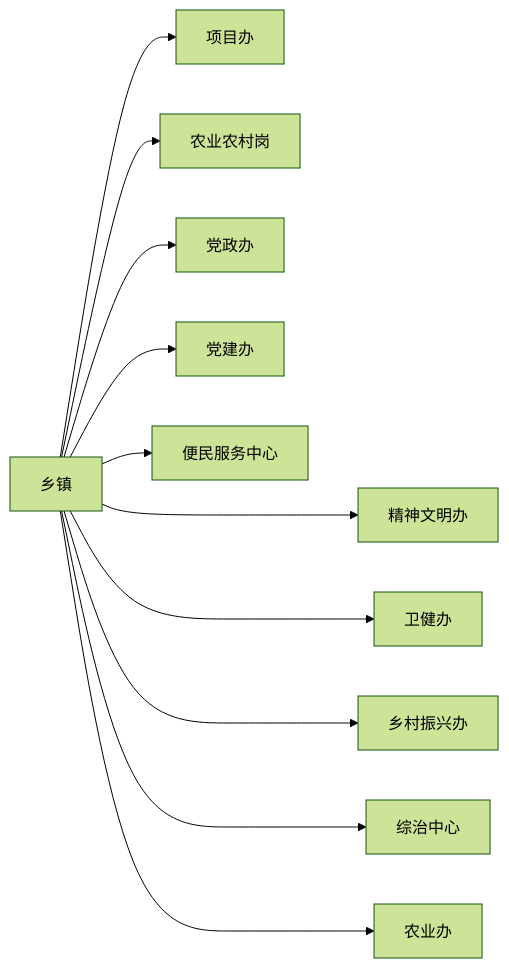
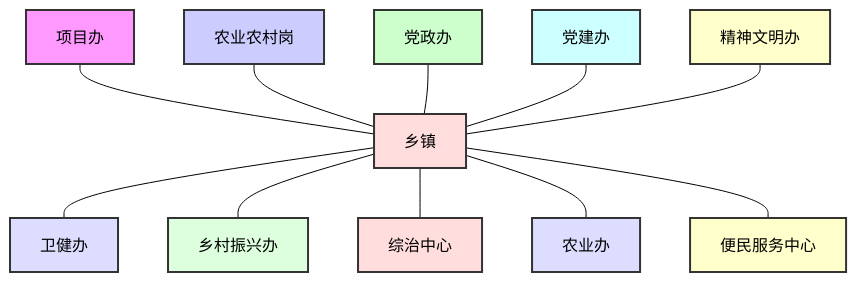
Before and after one commit to GovernmentWorkers/-: the first of 2 diagrams in problem/README.md, drawn with Mermaid (forest theme).

````diff
--- a/problem/README.md
+++ b/problem/README.md
@@ -3,16 +3,40 @@
 ```mermaid
-graph LR
+graph TB
 
-D[乡镇]
-D[乡镇]-->D1[项目办]	
-D[乡镇]-->D2[农业农村岗]
-D[乡镇]-->D3[党政办]
-D[乡镇]-->D4[党建办]
-D[乡镇]--->D5[精神文明办]
-D[乡镇]--->D6[卫健办]
-D[乡镇]--->D7[乡村振兴办]
-D[乡镇]--->D8[综治中心]
-D[乡镇]--->D9[农业办]
-D[乡镇]-->D10[便民服务中心]
-click D href "./xiangzhen/" _blank
+ 	style D1 fill:#f9f,stroke:#333,stroke-width:2px
+    style D2 fill:#ccf,stroke:#333,stroke-width:2px
+    style D3 fill:#cfc,stroke:#333,stroke-width:2px
+    style D4 fill:#cff,stroke:#333,stroke-width:2px
+    style D5 fill:#ffc,stroke:#333,stroke-width:2px
+    style D fill:#fdd,stroke:#333,stroke-width:2px
+    style D6 fill:#ddf,stroke:#333,stroke-width:2px
+    style D7 fill:#dfd,stroke:#333,stroke-width:2px
+    style D8 fill:#fdd,stroke:#333,stroke-width:2px
+    style D9 fill:#ddf,stroke:#333,stroke-width:2px
+    style D10 fill:#ffc,stroke:#333,stroke-width:2px
+    
+    click D1 href "xiangzhen/xiangzhenban/" _blank
+    click D2 href "xiangzhen/nongyerenchengang/" _blank
+    click D3 href "xiangzhen/dangzhengban/" _blank
+    click D4 href "xiangzhen/dangjianban/" _blank
+    click D5 href "xiangzhen/jingshenwenmingban/" _blank
+    click D href "xiangzhen/" _blank
+    
+    click D6 href "xiangzhen/weijanban/" _blank
+    click D7 href "xiangzhen/xiangcunzhenxingban/" _blank
+    click D8 href "xiangzhen/zongzhi/" _blank
+    click D9 href "xiangzhen/nongyeban/" _blank
+    click D10 href "xiangzhen/bianminfuwuzhongxin/" _blank
+   
+    D1[项目办] --- D[乡镇]
+    D2[农业农村岗] --- D[乡镇]
+    D3[党政办] --- D[乡镇]
+    D4[党建办] --- D[乡镇]
+    D5[精神文明办] --- D[乡镇]
+    D[乡镇] --- D6[卫健办]
+    D[乡镇] --- D7[乡村振兴办]
+    D[乡镇] --- D8[综治中心]
+    D[乡镇] --- D9[农业办]
+    D[乡镇] --- D10[便民服务中心]
+
 ```
````
